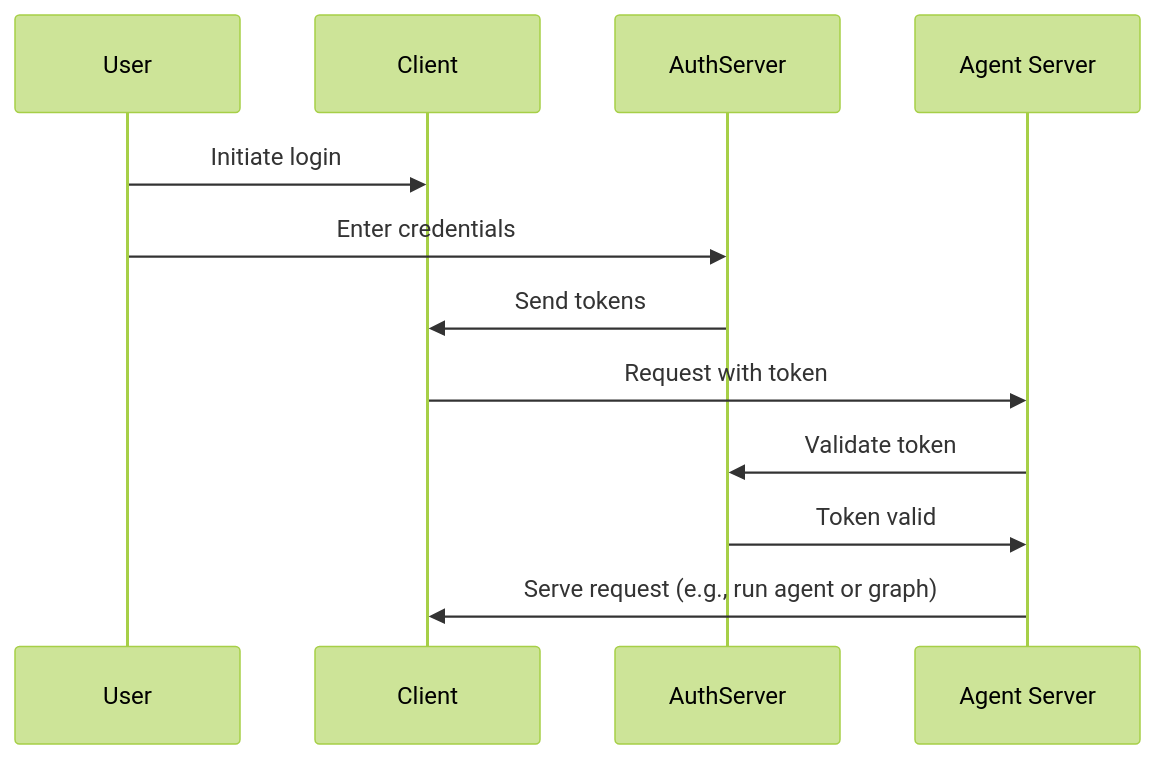
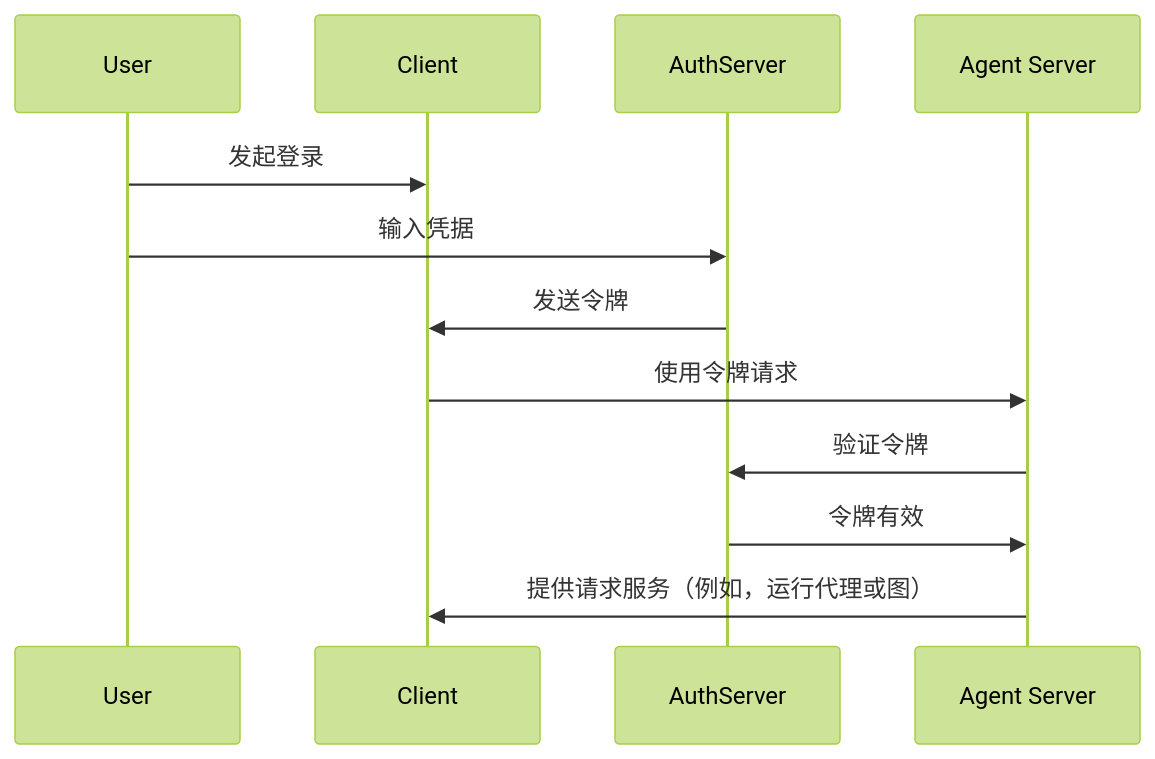
The diagram in langsmith/add-auth-server.mdx (kunfan96/cndocs-langchain), drawn with Mermaid (forest theme) before and after one commit. The commit also changed other lines of this file and 2498 other files, not shown here.

````diff
--- a/langsmith/add-auth-server.mdx
+++ b/langsmith/add-auth-server.mdx
@@ -23,15 +23,15 @@
 ```mermaid
 sequenceDiagram
     participant User
     participant Client
     participant AuthServer
     participant Agent Server
 
-    User->>Client: Initiate login
-    User->>AuthServer: Enter credentials
-    AuthServer->>Client: Send tokens
-    Client->>Agent Server: Request with token
-    Agent Server->>AuthServer: Validate token
-    AuthServer->>Agent Server: Token valid
-    Agent Server->>Client: Serve request (e.g., run agent or graph)
+    User->>Client: 发起登录
+    User->>AuthServer: 输入凭据
+    AuthServer->>Client: 发送令牌
+    Client->>Agent Server: 使用令牌请求
+    Agent Server->>AuthServer: 验证令牌
+    AuthServer->>Agent Server: 令牌有效
+    Agent Server->>Client: 提供请求服务（例如，运行代理或图）
 ```
````
